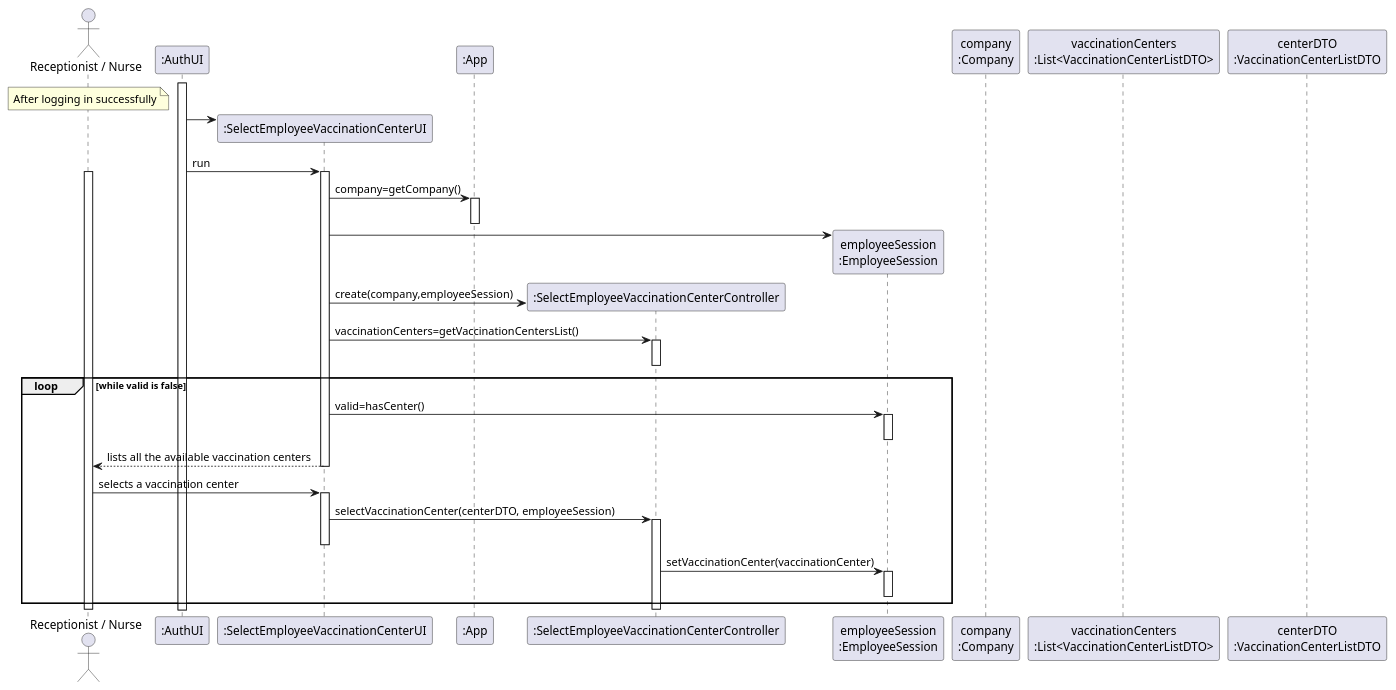
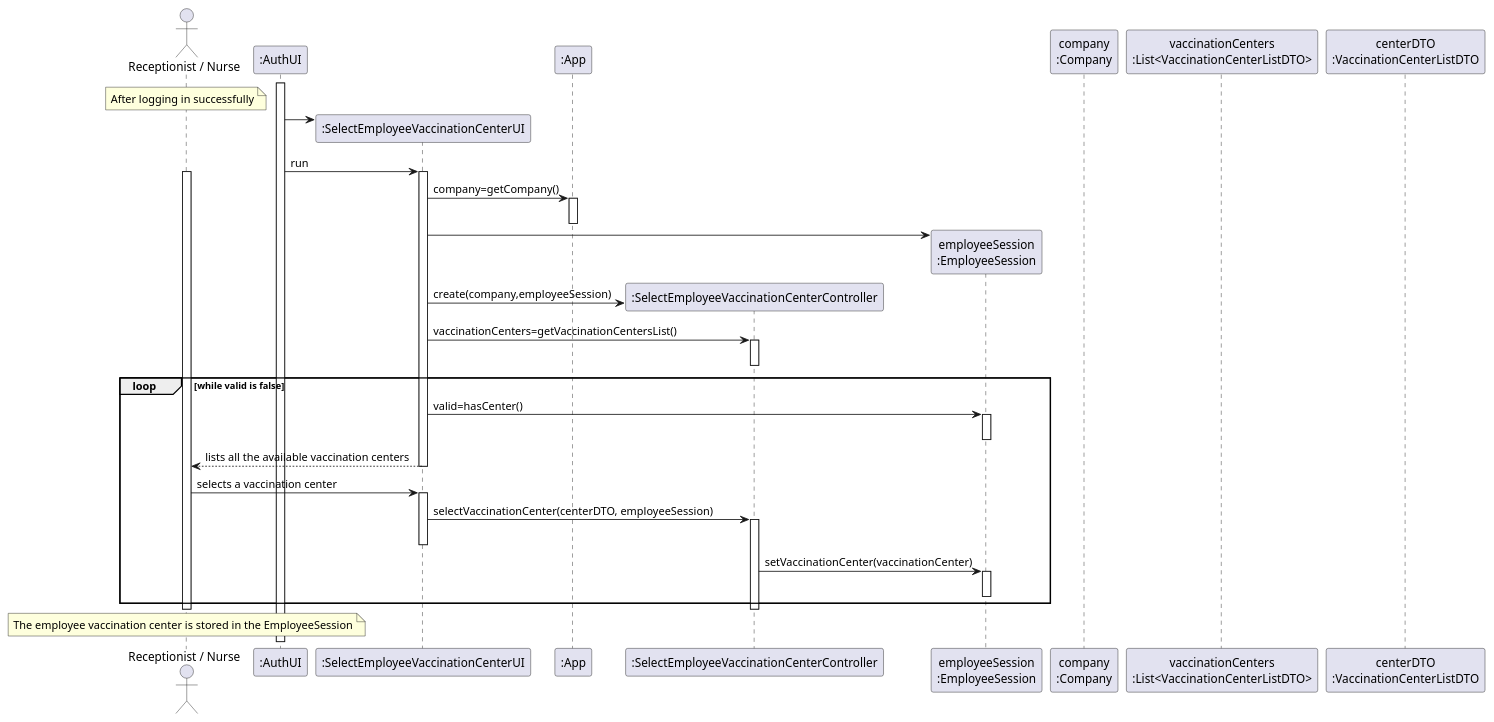
One commit to miseEnPlace-i/lapr2 changed the diagram in docs/SprintC/US05/SD/EmployeeLogin_SD.puml. Above: the diagram before and after it, drawn with PlantUML. The commit also changed 1 other file, not shown here.

Commit message:
docs(US05): updated SD of employee session

```diff
--- a/docs/SprintC/US05/SD/EmployeeLogin_SD.puml
+++ b/docs/SprintC/US05/SD/EmployeeLogin_SD.puml
@@ -1,64 +1,64 @@
 @startuml
-
-
 actor "Receptionist / Nurse" as NUR
 
 note over NUR
  After logging in successfully
 end note
 
 participant ":AuthUI" as AUTHUI
 
 activate AUTHUI
 create ":SelectEmployeeVaccinationCenterUI" as UI
 AUTHUI -> UI
 AUTHUI -> UI : run
 activate UI
 participant ":App" as APP
 activate NUR
-
-
 
 UI -> APP : company=getCompany()
 activate APP
 deactivate APP
 
 participant ":SelectEmployeeVaccinationCenterController" as CTRL
 participant "employeeSession\n:EmployeeSession" as SESSION
 UI -> SESSION **
 UI -> CTRL ** : create(company,employeeSession)
 
 UI -> CTRL : vaccinationCenters=getVaccinationCentersList()
 activate CTRL
 deactivate CTRL
 
 loop while valid is false
 UI -> SESSION : valid=hasCenter()
 activate SESSION
 deactivate SESSION
 
 UI --> NUR : lists all the available vaccination centers
 deactivate UI
 
 participant "company\n:Company" as COMP
 
 NUR -> UI : selects a vaccination center
 activate UI
 UI -> CTRL : selectVaccinationCenter(centerDTO, employeeSession)
 activate CTRL
 deactivate UI
 CTRL -> SESSION : setVaccinationCenter(vaccinationCenter)
 activate SESSION
 deactivate SESSION
 
 end loop
 
 deactivate CTRL
 
 deactivate UI
 
 deactivate NUR
 
 participant "vaccinationCenters\n:List<VaccinationCenterListDTO>" 
 participant "centerDTO\n:VaccinationCenterListDTO" 
+
+note over NUR
+  The employee vaccination center is stored in the EmployeeSession
+end note
 @enduml
```
